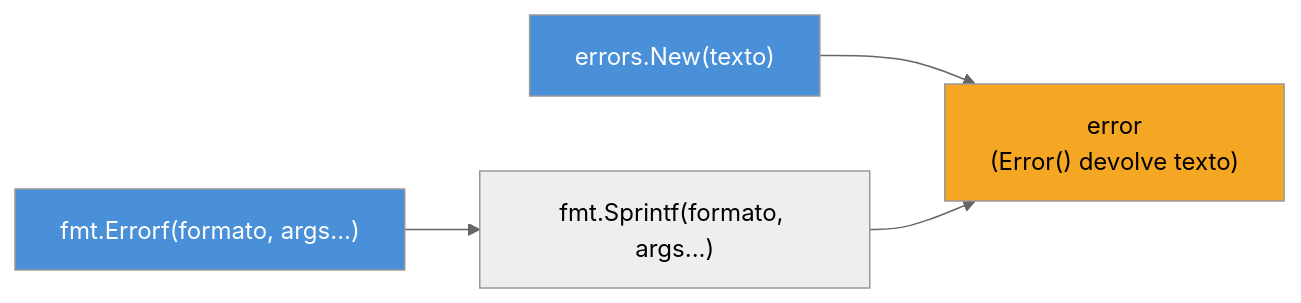
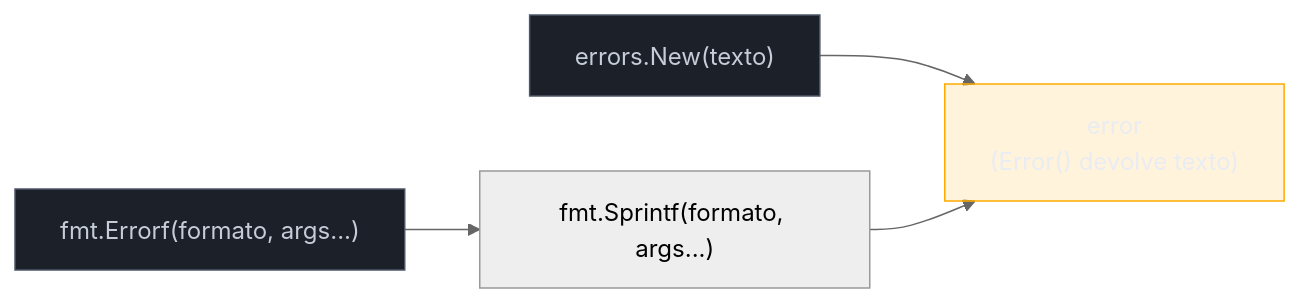
The first of 2 diagrams in 03-Dominios/Tecnologia/Go/04 - Erros como valor/02 - Criando e comparando erros.md (josenaldo/codex-technomanticus), drawn with Mermaid (neutral theme) before and after one commit. The commit also changed other lines of this file and 1181 other files, not shown here.

First line of the commit message:
fix(diagramas): paleta do sistema no lugar de cor cravada no markdown

````diff
--- a/03-Dominios/Tecnologia/Go/04 - Erros como valor/02 - Criando e comparando erros.md
+++ b/03-Dominios/Tecnologia/Go/04 - Erros como valor/02 - Criando e comparando erros.md
@@ -75,9 +75,11 @@
 ```mermaid
 flowchart LR
+    classDef neutro fill:#1B2029,stroke:#4E5666,color:#C6CCD8
+    classDef destaque fill:#FFAA0024,stroke:#FFAA00,color:#E9ECF2
     A["errors.New(texto)"] --> C["error\n(Error() devolve texto)"]
     B["fmt.Errorf(formato, args...)"] --> D["fmt.Sprintf(formato, args...)"] --> C
 
-    style A fill:#4A90D9,color:#fff
-    style B fill:#4A90D9,color:#fff
-    style C fill:#F5A623,color:#000
+    class A neutro
+    class B neutro
+    class C destaque
 ```
````
